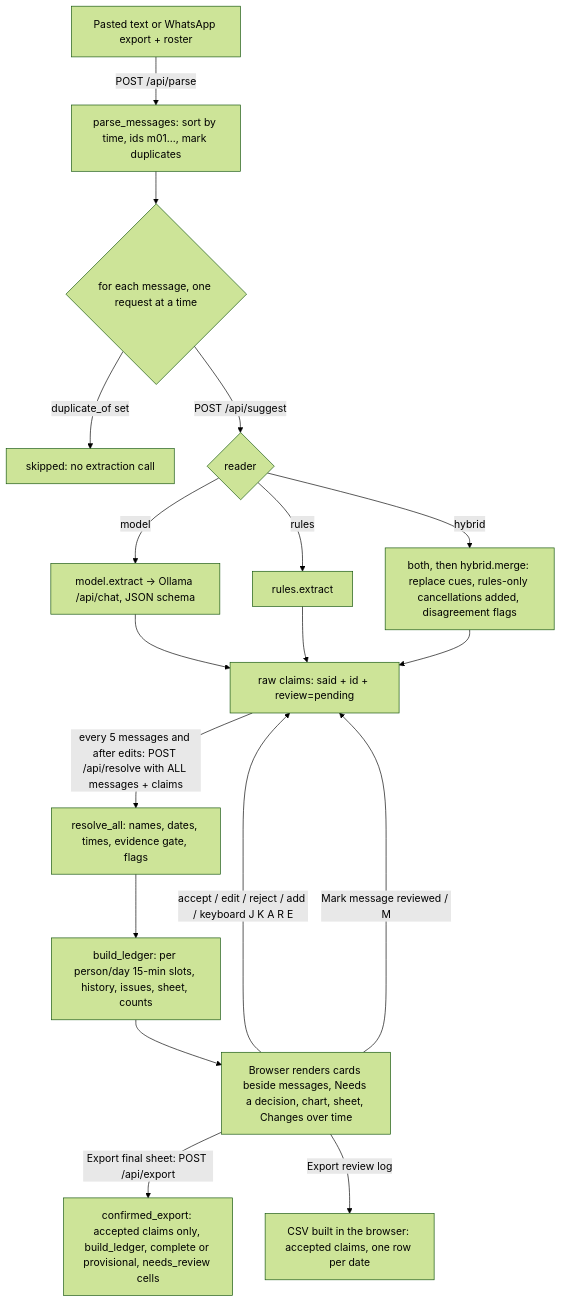
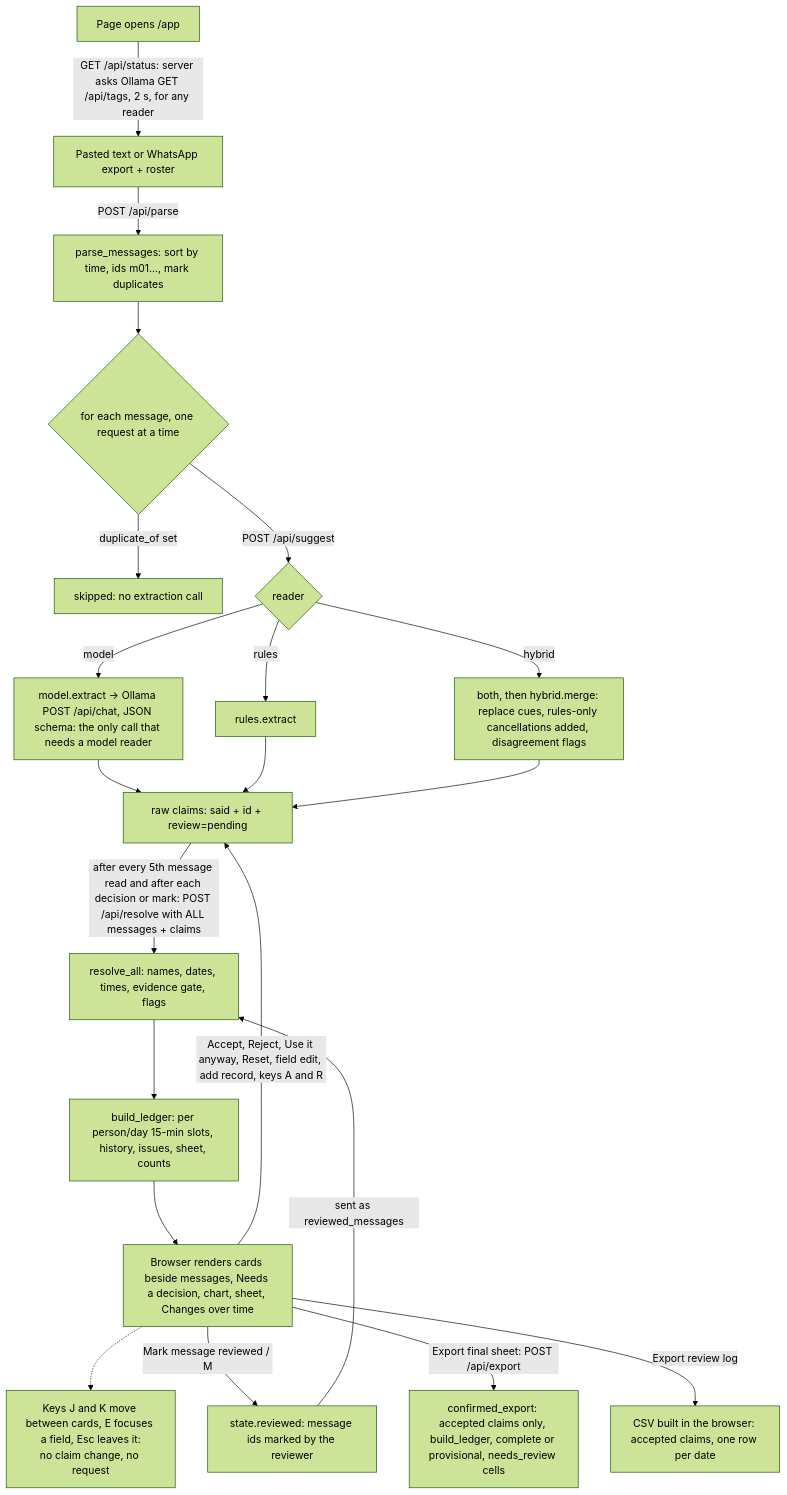
One commit to bipul724/availability-ledger changed the first of 4 diagrams in docs/ARCHITECTURE.md. Above: the diagram before and after it, drawn with Mermaid (forest theme). The commit also changed other lines of this file and 11 other files, not shown here.

Commit message:
docs: source-checked diagrams for the guide and developer docs (DOC-09 to DOC-11)

````diff
--- a/docs/ARCHITECTURE.md
+++ b/docs/ARCHITECTURE.md
@@ -68,20 +68,23 @@
 ```mermaid
 flowchart TD
+    S[Page opens /app] -->|GET /api/status: server asks Ollama GET /api/tags, 2 s, for any reader| A
     A[Pasted text or WhatsApp export + roster] -->|POST /api/parse| B[parse_messages: sort by time, ids m01..., mark duplicates]
     B --> C{for each message, one request at a time}
     C -->|duplicate_of set| C2[skipped: no extraction call]
     C -->|POST /api/suggest| D{reader}
-    D -->|model| E[model.extract -> Ollama /api/chat, JSON schema]
+    D -->|model| E[model.extract -> Ollama POST /api/chat, JSON schema: the only call that needs a model reader]
     D -->|rules| F[rules.extract]
     D -->|hybrid| G[both, then hybrid.merge: replace cues, rules-only cancellations added, disagreement flags]
     E --> H[raw claims: said + id + review=pending]
     F --> H
     G --> H
-    H -->|every 5 messages and after edits: POST /api/resolve with ALL messages + claims| I[resolve_all: names, dates, times, evidence gate, flags]
+    H -->|after every 5th message read and after each decision or mark: POST /api/resolve with ALL messages + claims| I[resolve_all: names, dates, times, evidence gate, flags]
     I --> J[build_ledger: per person/day 15-min slots, history, issues, sheet, counts]
     J --> K[Browser renders cards beside messages, Needs a decision, chart, sheet, Changes over time]
-    K -->|accept / edit / reject / add / keyboard J K A R E| H
-    K -->|Mark message reviewed / M| H
+    K -->|Accept, Reject, Use it anyway, Reset, field edit, add record, keys A and R| H
+    K -.-> NAV[Keys J and K move between cards, E focuses a field, Esc leaves it:<br/>no claim change, no request]
+    K -->|Mark message reviewed / M| R[state.reviewed: message ids marked by the reviewer]
+    R -->|sent as reviewed_messages| I
     K -->|Export final sheet: POST /api/export| M[confirmed_export: accepted claims only, build_ledger, complete or provisional, needs_review cells]
     K -->|Export review log| L[CSV built in the browser: accepted claims, one row per date]
 ```
````
